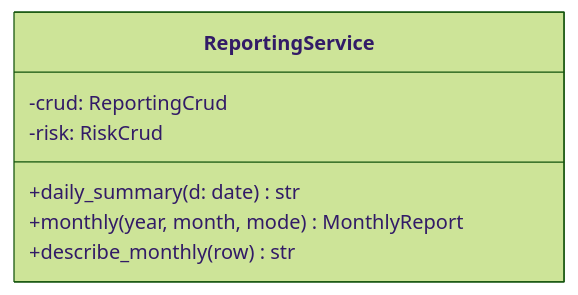
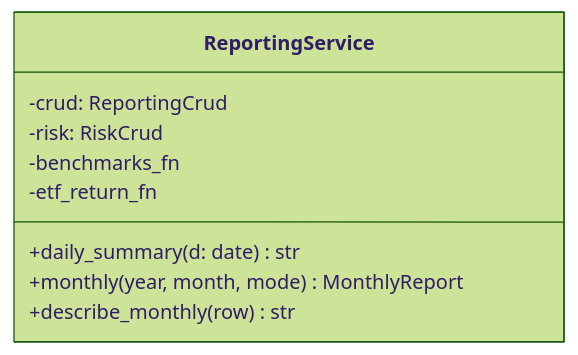
Before and after one commit to HoyoungParkme/quant-rebalance-bot: diagram 15 of 17 in docs/specs/06-DOM/QBOT-DOM-002.md, drawn with Mermaid (forest theme). The commit also changed other lines of this file, not shown here.

````diff
--- a/docs/specs/06-DOM/QBOT-DOM-002.md
+++ b/docs/specs/06-DOM/QBOT-DOM-002.md
@@ -357,10 +369,12 @@
 ```mermaid
 classDiagram
   class ReportingService {
     -crud: ReportingCrud
     -risk: RiskCrud
+    -benchmarks_fn
+    -etf_return_fn
     +daily_summary(d: date) str
     +monthly(year, month, mode) MonthlyReport
     +describe_monthly(row) str
   }
 ```
````
